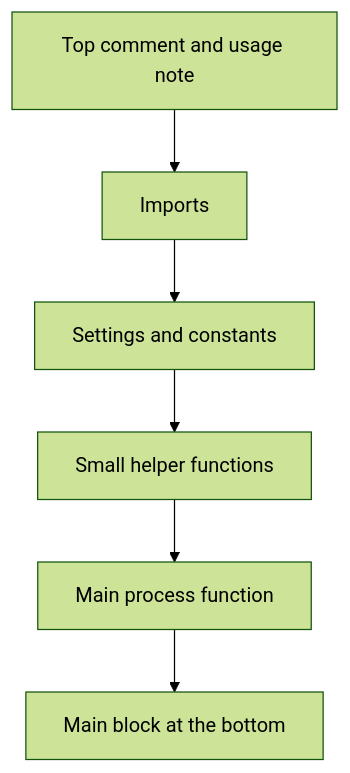
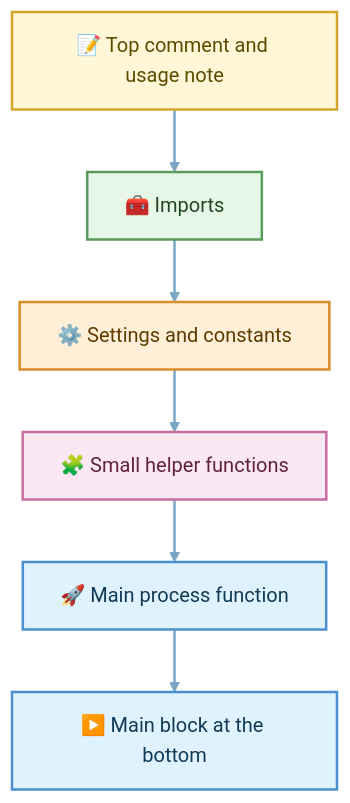
The second of 4 diagrams in README.md (jrmistry/excel-powerpoint-demo), drawn with Mermaid (forest theme) before and after one commit. The commit also changed other lines of this file, not shown here.

````diff
--- a/README.md
+++ b/README.md
@@ -450,8 +560,20 @@
 ```mermaid
 flowchart TD
-    A[Top comment and usage note] --> B[Imports]
-    B --> C[Settings and constants]
-    C --> D[Small helper functions]
-    D --> E[Main process function]
-    E --> F[Main block at the bottom]
+    A[📝 Top comment and usage note] --> B[🧰 Imports]
+    B --> C[⚙️ Settings and constants]
+    C --> D[🧩 Small helper functions]
+    D --> E[🚀 Main process function]
+    E --> F[▶️ Main block at the bottom]
+
+    classDef note fill:#FFF7D6,stroke:#D4A72C,stroke-width:2px,color:#5C4A00
+    classDef tools fill:#E7F7E7,stroke:#5A9A5A,stroke-width:2px,color:#234723
+    classDef config fill:#FFEFD6,stroke:#D98C2B,stroke-width:2px,color:#5F3A00
+    classDef helper fill:#FCE8F3,stroke:#C86EA0,stroke-width:2px,color:#5F2140
+    classDef main fill:#DFF3FF,stroke:#4A8FCF,stroke-width:2px,color:#123A56
+    class A note
+    class B tools
+    class C config
+    class D helper
+    class E,F main
+    linkStyle default stroke:#7AA6C2,stroke-width:2px
 ```
````
